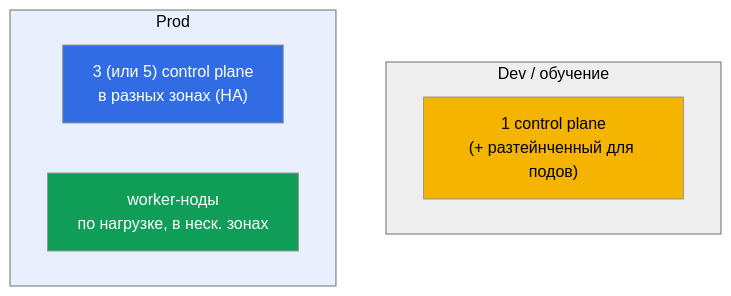
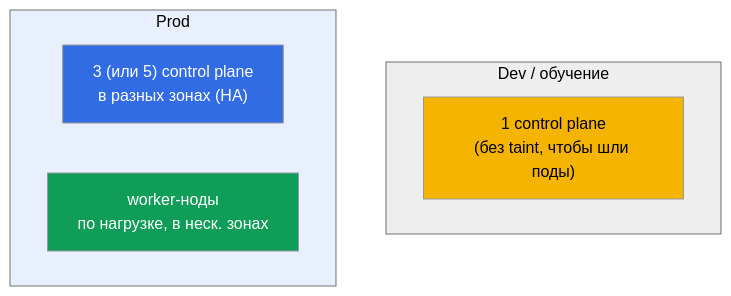
The second of 4 diagrams in tasks/cka/course/35-3-design/ru.md (ViktorUJ/cks), drawn with Mermaid (neutral theme) before and after one commit. The commit also changed other lines of this file and 30 other files, not shown here.

````diff
--- a/tasks/cka/course/35-3-design/ru.md
+++ b/tasks/cka/course/35-3-design/ru.md
@@ -47,15 +47,15 @@
 ```mermaid
 flowchart TB
     subgraph dev["Dev / обучение"]
-        d1["1 control plane<br>(+ разтейнченный для подов)"]
+        d1["1 control plane<br>(без taint, чтобы шли поды)"]
     end
     subgraph prod["Prod"]
         p1["3 (или 5) control plane<br>в разных зонах (HA)"]
         p2["worker-ноды<br>по нагрузке, в неск. зонах"]
     end
     style dev fill:#eeeeee,color:#000
     style prod fill:#e8f0fe,color:#000
     style d1 fill:#f4b400,color:#000
     style p1 fill:#326ce5,color:#fff
     style p2 fill:#0f9d58,color:#fff
 ```
````
